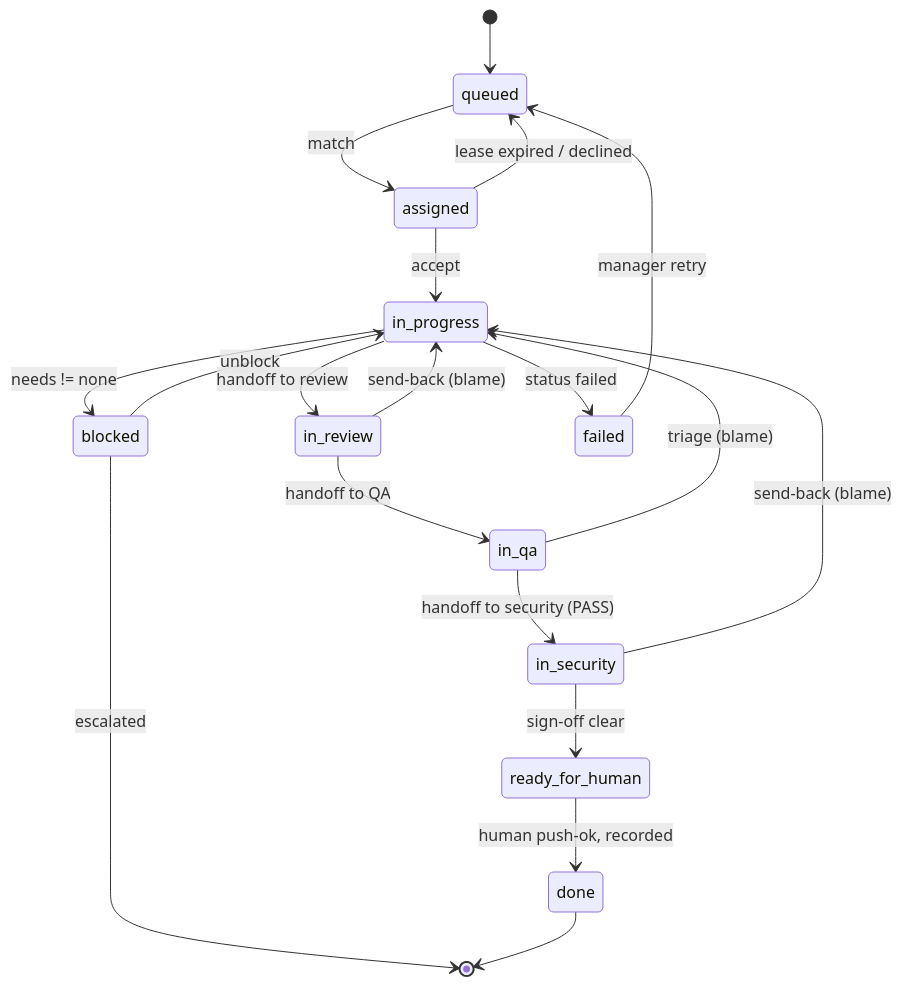
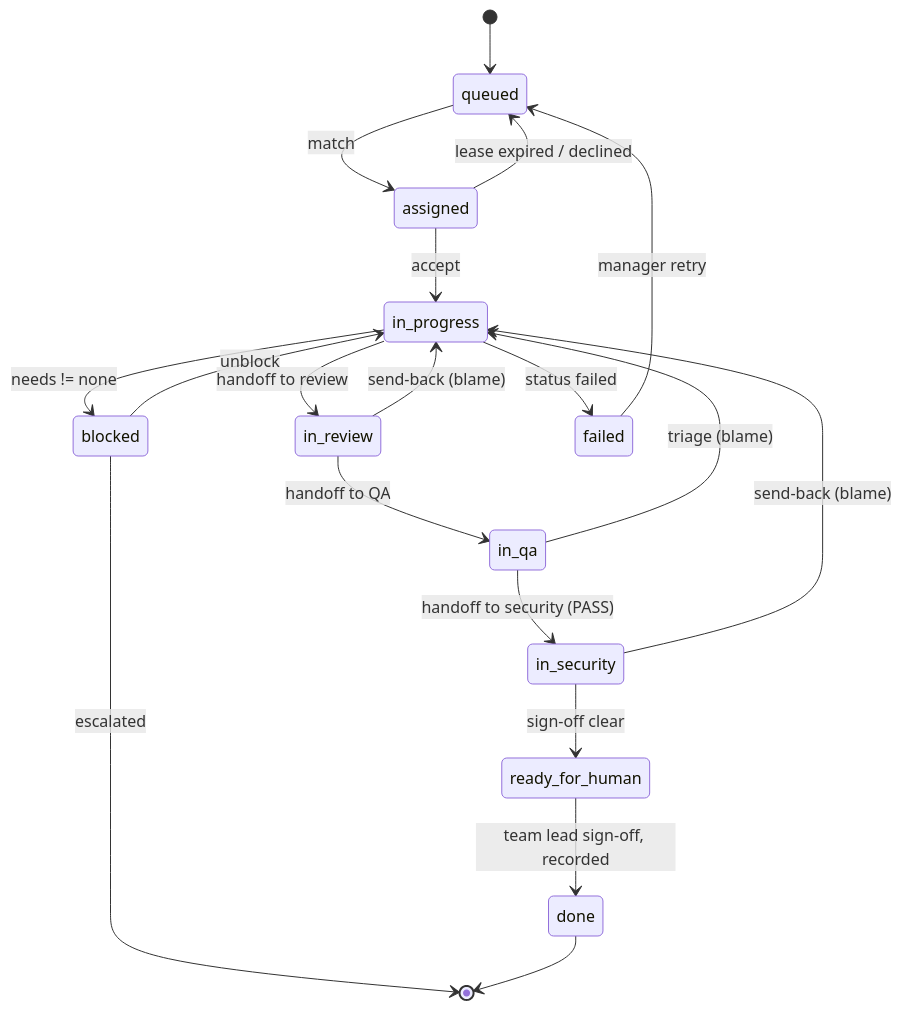
One commit to BPForbes/Devops-Multi-Agent-Team-Skill changed the first of 2 diagrams in docs/orchestrator-design.md. Above: the diagram before and after it, drawn with Mermaid. The commit also changed other lines of this file and 15 other files, not shown here.

````diff
--- a/docs/orchestrator-design.md
+++ b/docs/orchestrator-design.md
@@ -467,21 +469,21 @@
 ```mermaid
 stateDiagram-v2
   [*] --> queued
   queued --> assigned: match
   assigned --> in_progress: accept
   assigned --> queued: lease expired / declined
   in_progress --> in_review: handoff to review
   in_progress --> blocked: needs != none
   in_progress --> failed: status failed
   in_review --> in_qa: handoff to QA
   in_review --> in_progress: send-back (blame)
   in_qa --> in_security: handoff to security (PASS)
   in_qa --> in_progress: triage (blame)
   in_security --> ready_for_human: sign-off clear
   in_security --> in_progress: send-back (blame)
-  ready_for_human --> done: human push-ok, recorded
+  ready_for_human --> done: team lead sign-off, recorded
   blocked --> in_progress: unblock
   failed --> queued: manager retry
   blocked --> [*]: escalated
   done --> [*]
 ```
````
